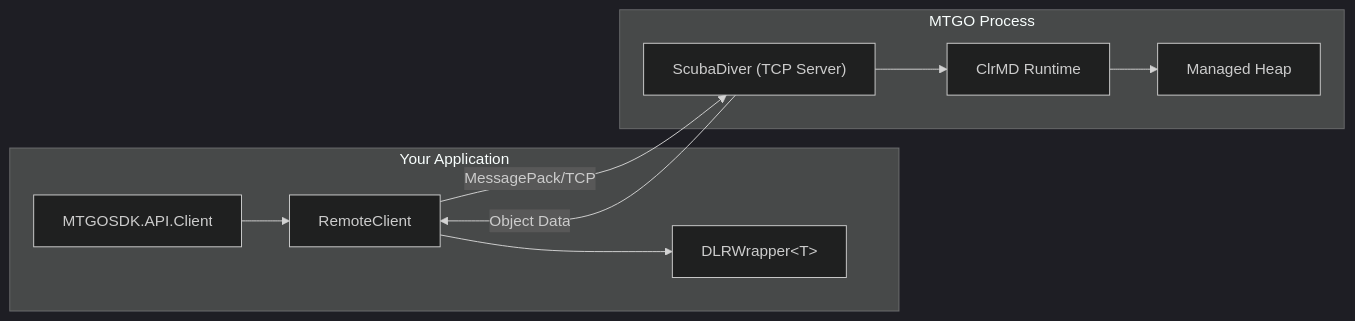
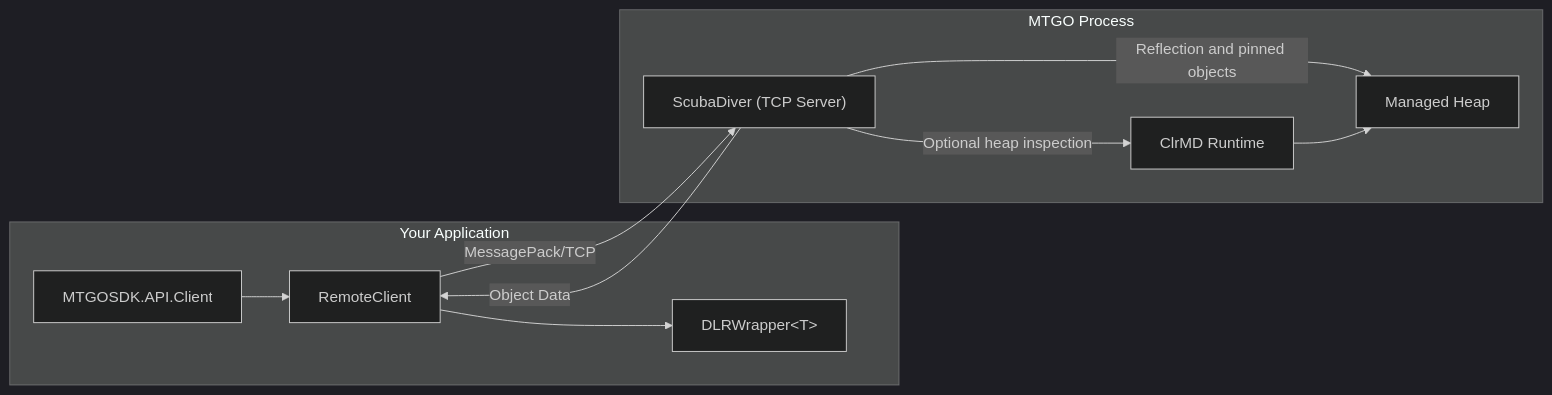
The first of 2 diagrams in docs/architecture/README.md (videre-project/MTGOSDK), drawn with Mermaid (dark theme) before and after one commit. The commit also changed other lines of this file, not shown here.

First line of the commit message:
[Docs] Document ARM64 injection and heap inspection

````diff
--- a/docs/architecture/README.md
+++ b/docs/architecture/README.md
@@ -66,21 +66,22 @@
 ```mermaid
 flowchart LR
     subgraph YourApp["Your Application"]
         Client["MTGOSDK.API.Client"]
         RemoteClient["RemoteClient"]
         DLRWrapper["DLRWrapper&lt;T&gt;"]
     end
 
     subgraph MTGO["MTGO Process"]
         ScubaDiver["ScubaDiver (TCP Server)"]
         ClrMD["ClrMD Runtime"]
         Heap["Managed Heap"]
     end
 
     Client --> RemoteClient
     RemoteClient -->|MessagePack/TCP| ScubaDiver
-    ScubaDiver --> ClrMD
+    ScubaDiver -->|Reflection and pinned objects| Heap
+    ScubaDiver -->|Optional heap inspection| ClrMD
     ClrMD --> Heap
     ScubaDiver -->|Object Data| RemoteClient
     RemoteClient --> DLRWrapper
 ```
````
